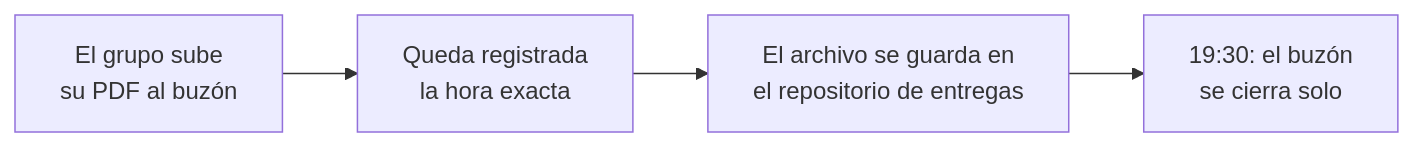
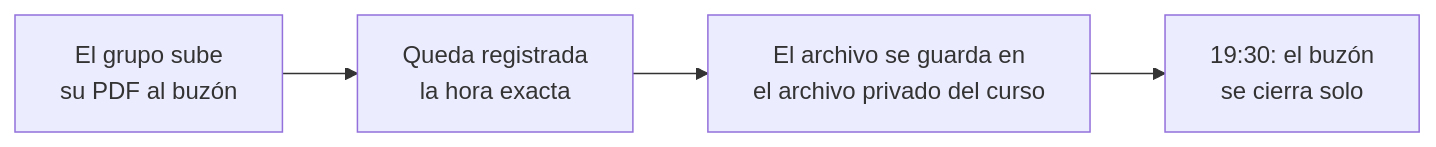
Before and after one commit to hizocar/ia-course-usm: the diagram in docs/entregas.md, drawn with Mermaid. The commit also changed other lines of this file and 5 other files, not shown here.

````diff
--- a/docs/entregas.md
+++ b/docs/entregas.md
@@ -21,6 +21,6 @@
 ```mermaid
 flowchart LR
     A["El grupo sube<br/>su PDF al buzón"] --> B["Queda registrada<br/>la hora exacta"]
-    B --> C["El archivo se guarda en<br/>el repositorio de entregas"]
+    B --> C["El archivo se guarda en<br/>el archivo privado del curso"]
     C --> D["19:30: el buzón<br/>se cierra solo"]
 ```
````
